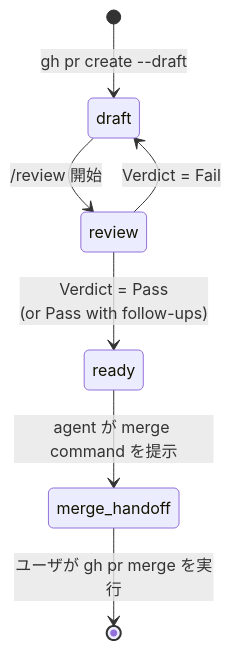
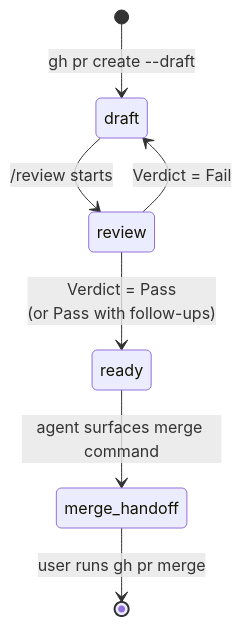
One commit to mew-ton/soloscrum changed the diagram in docs/src/content/docs/ja/concept/pr-lifecycle.md. Above: the diagram before and after it, drawn with Mermaid. The commit also changed other lines of this file and 3 other files, not shown here.

````diff
--- a/docs/src/content/docs/ja/concept/pr-lifecycle.md
+++ b/docs/src/content/docs/ja/concept/pr-lifecycle.md
@@ -18,9 +18,9 @@
 ```mermaid
 stateDiagram-v2
     [*] --> draft: gh pr create --draft
-    draft --> review: /review 開始
+    draft --> review: /review starts
     review --> ready: Verdict = Pass<br/>(or Pass with follow-ups)
     review --> draft: Verdict = Fail
-    ready --> merge_handoff: agent が merge command を提示
-    merge_handoff --> [*]: ユーザが gh pr merge を実行
+    ready --> merge_handoff: agent surfaces merge command
+    merge_handoff --> [*]: user runs gh pr merge
 ```
````
